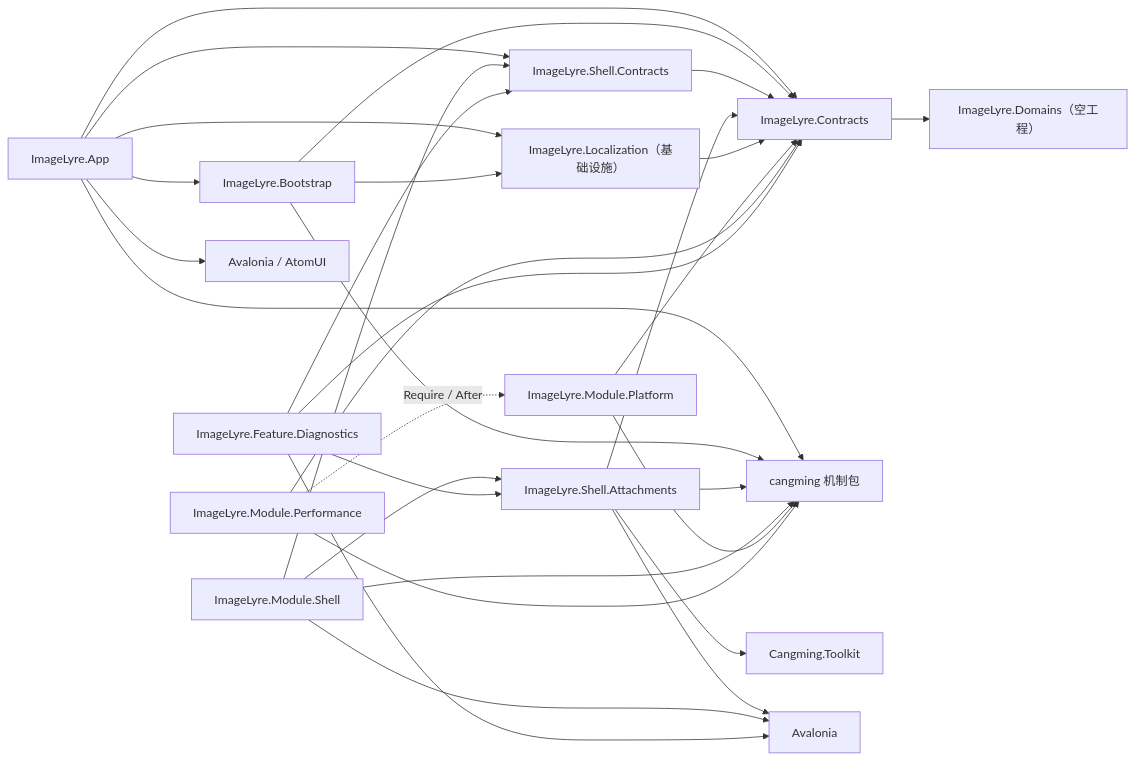
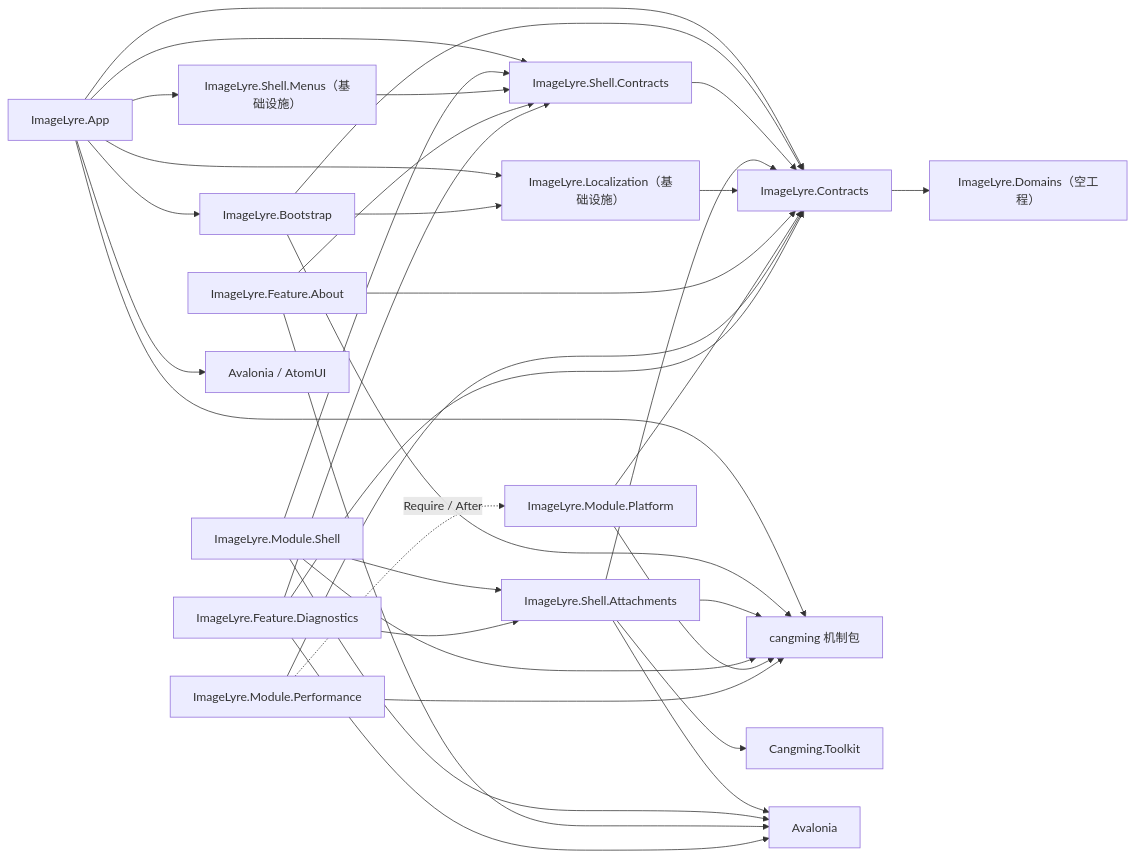
One commit to xknife-erian/ImageLyre changed the first of 2 diagrams in docs/design/lukan/DESIGN-0001-M1-插件骨架.md. Above: the diagram before and after it, drawn with Mermaid. The commit also changed other lines of this file and 25 other files, not shown here.

````diff
--- a/docs/design/lukan/DESIGN-0001-M1-插件骨架.md
+++ b/docs/design/lukan/DESIGN-0001-M1-插件骨架.md
@@ -97,44 +100,51 @@
 ```mermaid
 flowchart LR
     BOOT["ImageLyre.Bootstrap"]
     APP["ImageLyre.App"]
     SC["ImageLyre.Shell.Contracts"]
     SA["ImageLyre.Shell.Attachments"]
     DC["ImageLyre.Contracts"]
     DN["ImageLyre.Domains（空工程）"]
     MS["ImageLyre.Module.Shell"]
     LOC["ImageLyre.Localization（基础设施）"]
+    MENUS["ImageLyre.Shell.Menus（基础设施）"]
     MC["ImageLyre.Module.Platform"]
     MG["ImageLyre.Module.Performance"]
     FD["ImageLyre.Feature.Diagnostics"]
+    ABOUT["ImageLyre.Feature.About"]
 
     APP --> BOOT
     APP --> SC
     APP --> DC
     APP --> CM
     APP --> AV["Avalonia / AtomUI"]
     BOOT --> CM["cangming 机制包"]
     BOOT --> DC
     SC --> DC
     SA --> DC
     SA --> CM
     SA --> TK["Cangming.Toolkit"]
     SA --> AVL["Avalonia"]
     DC --> DN
     MS --> SC
     MS --> SA
     MS --> CM
     MS --> AVL
     LOC --> DC
     APP --> LOC
     BOOT --> LOC
+    MENUS --> SC
+    APP --> MENUS
+    ABOUT --> SC
+    ABOUT --> DC
+    ABOUT --> AVL
     MC --> DC
     MC --> CM
     MG --> DC
     MG --> CM
     MG -.->|"Require / After"| MC
     FD --> SC
     FD --> SA
     FD --> DC
     FD --> AVL
 ```
````
